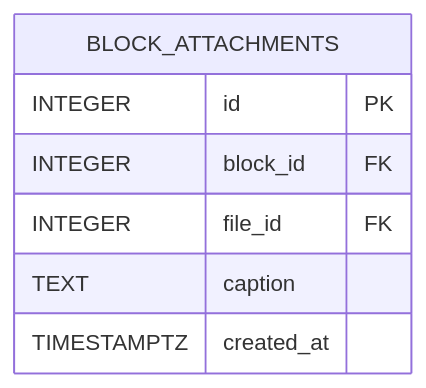
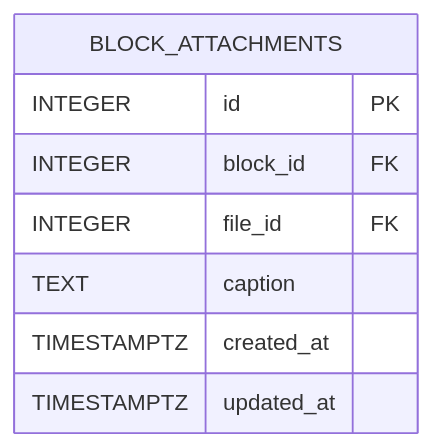
The eighth of 12 diagrams in db/normalized/relations.md (go-park-mail-ru/2025_2_FiveCode), drawn with Mermaid before and after one commit. The commit also changed other lines of this file and 2 other files, not shown here.

````diff
--- a/db/normalized/relations.md
+++ b/db/normalized/relations.md
@@ -208,10 +247,11 @@
 ```mermaid
 erDiagram
-  BLOCK_ATTACHMENTS {
-    INTEGER id PK
-    INTEGER block_id FK
-    INTEGER file_id FK 
-    TEXT caption
-    TIMESTAMPTZ created_at
-  }
+    BLOCK_ATTACHMENTS {
+        INTEGER id PK
+        INTEGER block_id FK
+        INTEGER file_id FK
+        TEXT caption
+        TIMESTAMPTZ created_at
+        TIMESTAMPTZ updated_at
+    }
 ```
````
